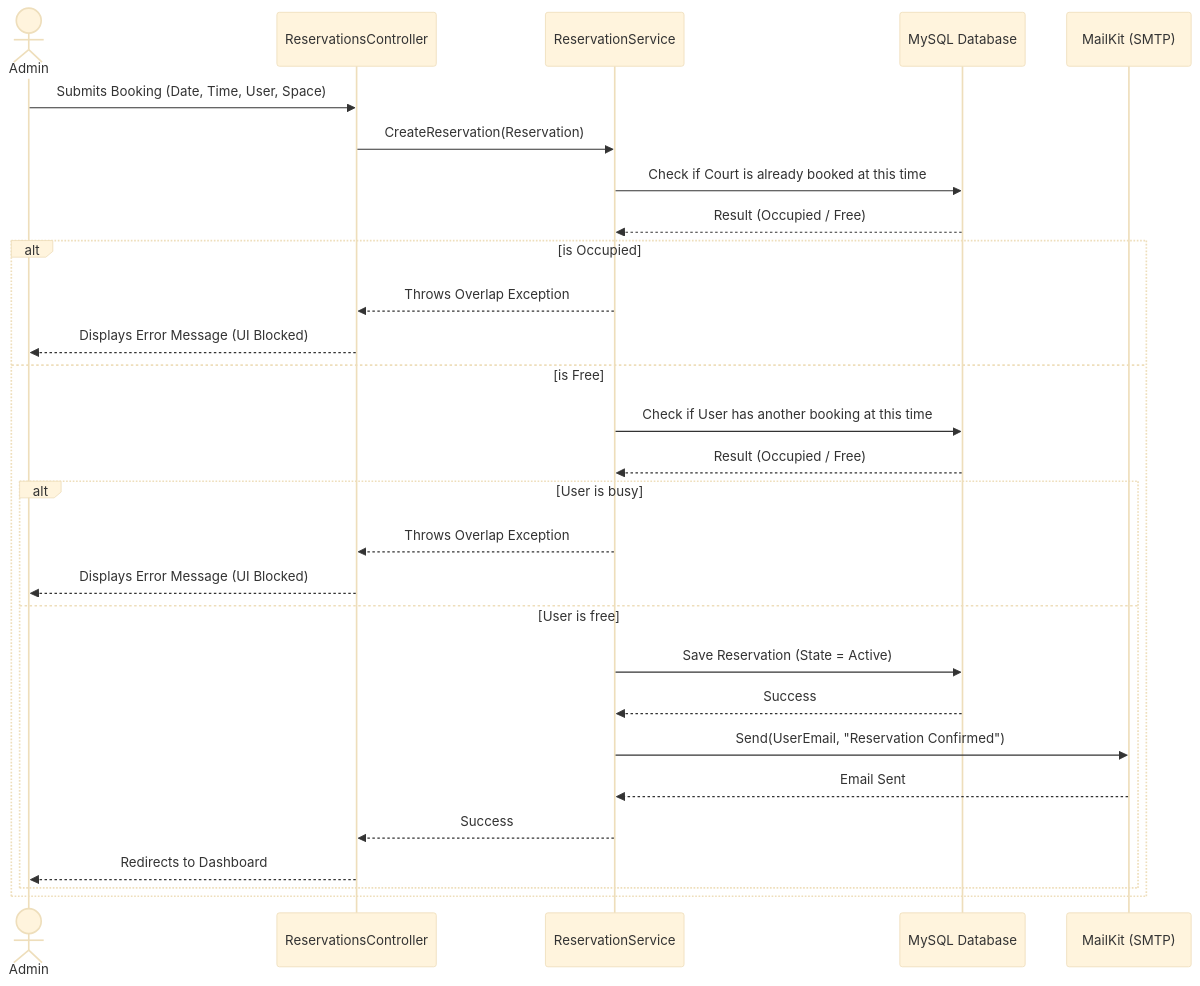
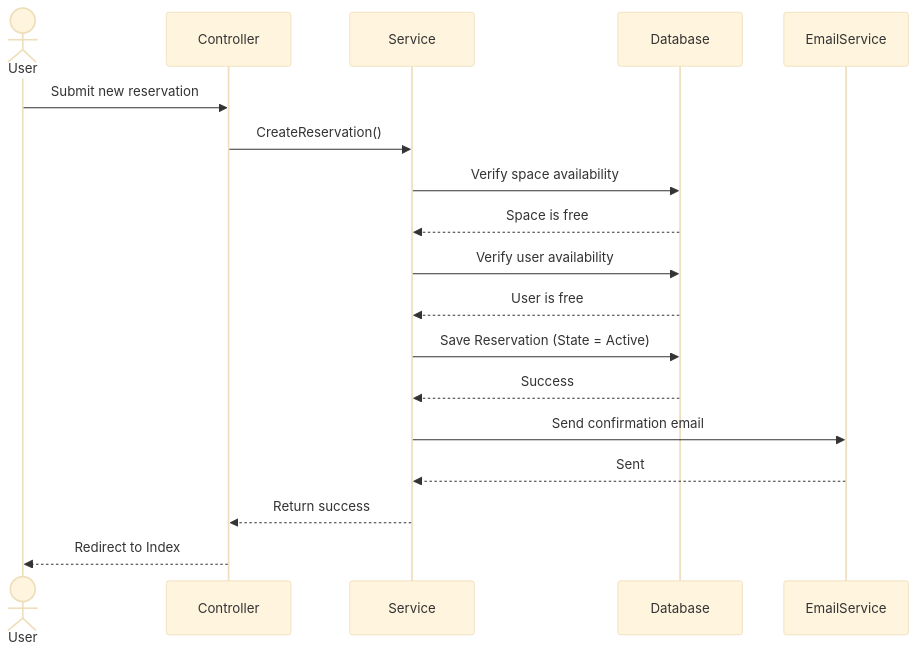
Before and after one commit to monterrosag18/PruebaDesempenoCsharp270326: the second of 2 diagrams in README.md, drawn with Mermaid (base theme). The commit also changed other lines of this file, not shown here.

````diff
--- a/README.md
+++ b/README.md
@@ -66,34 +60,26 @@
 ```mermaid
 sequenceDiagram
-    actor Admin
-    participant Controller as ReservationsController
-    participant Service as ReservationService
-    participant DB as MySQL Database
-    participant Email as MailKit (SMTP)
+    actor User
+    participant Controller
+    participant Service
+    participant Database
+    participant EmailService
 
-    Admin->>Controller: Submits Booking (Date, Time, User, Space)
-    Controller->>Service: CreateReservation(Reservation)
+    User->>Controller: Submit new reservation
+    Controller->>Service: CreateReservation()
     
-    Service->>DB: Check if Court is already booked at this time
-    DB-->>Service: Result (Occupied / Free)
+    Service->>Database: Verify space availability
+    Database-->>Service: Space is free
     
-    alt is Occupied
-        Service-->>Controller: Throws Overlap Exception
-        Controller-->>Admin: Displays Error Message (UI Blocked)
-    else is Free
-        Service->>DB: Check if User has another booking at this time
-        DB-->>Service: Result (Occupied / Free)
-        
-        alt User is busy
-            Service-->>Controller: Throws Overlap Exception
-            Controller-->>Admin: Displays Error Message (UI Blocked)
-        else User is free
-            Service->>DB: Save Reservation (State = Active)
-            DB-->>Service: Success
-            Service->>Email: Send(UserEmail, "Reservation Confirmed")
-            Email-->>Service: Email Sent
-            Service-->>Controller: Success
-            Controller-->>Admin: Redirects to Dashboard
-        end
-    end
+    Service->>Database: Verify user availability
+    Database-->>Service: User is free
+    
+    Service->>Database: Save Reservation (State = Active)
+    Database-->>Service: Success
+    
+    Service->>EmailService: Send confirmation email
+    EmailService-->>Service: Sent
+    
+    Service-->>Controller: Return success
+    Controller-->>User: Redirect to Index
 ```
````
